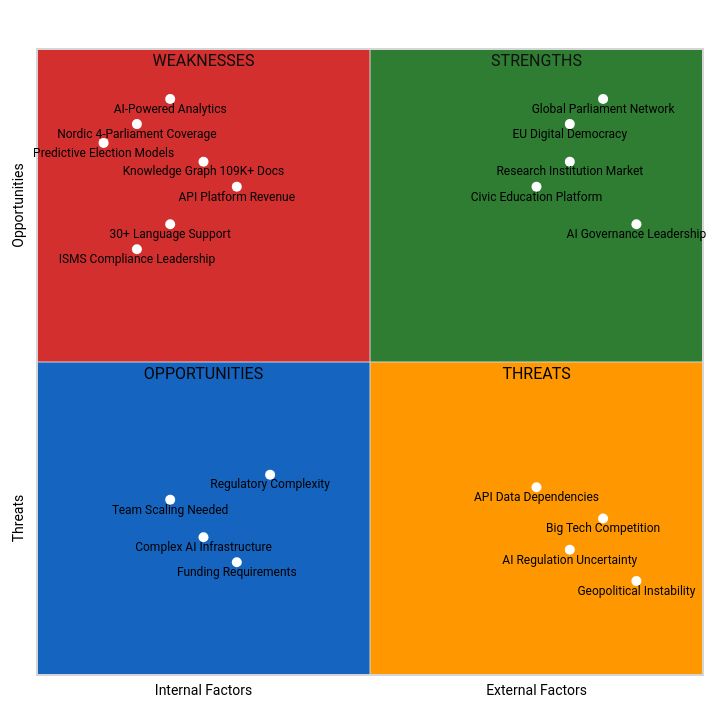
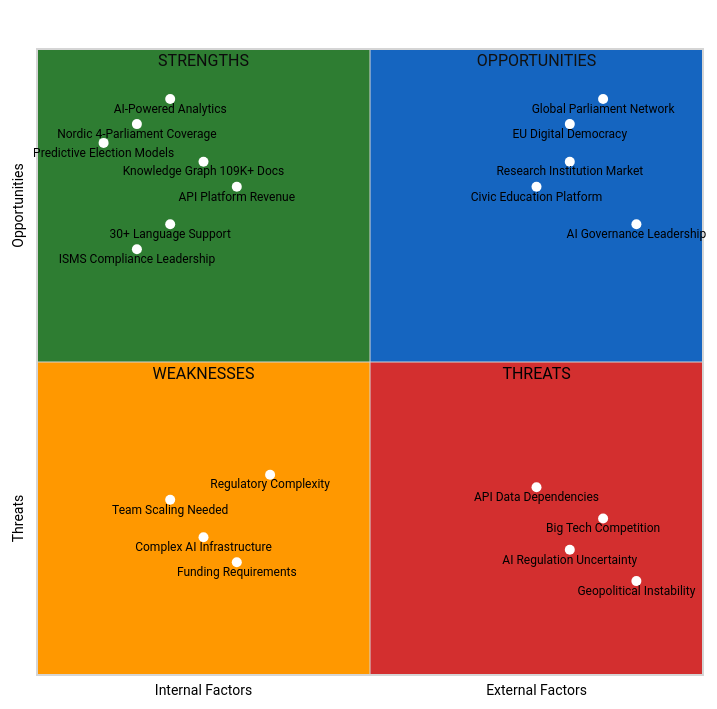
One commit to Hack23/riksdagsmonitor changed the first of 3 diagrams in FUTURE_SWOT.md. Above: the diagram before and after it, drawn with Mermaid. The commit also changed 2 other files, not shown here.

Commit message:
Fix quadrant label ordering and gantt task IDs per review feedback
- SWOT.md: Correct quadrant labels to match axis directions (Q1=OPPORTUNITIES top-right, Q2=STRENGTHS top-left, Q3=WEAKNESSES bottom-left, Q4=THREATS bottom-right) and align fill colors accordingly
- FUTURE_SWOT.md: Same quadrant label correction for first chart
- FUTURE_WORKFLOWS.md: Add explicit task IDs to all gantt entries (done modifier requires id before dates)

Agent-Logs-Url: https://github.com/Hack23/riksdagsmonitor/sessions/8148e52d-ce25-48f9-80cc-095b0ab96bcb

````diff
--- a/FUTURE_SWOT.md
+++ b/FUTURE_SWOT.md
@@ -57,57 +57,57 @@
 ```mermaid
 %%{init: {
   "theme": "neutral",
   "themeVariables": {
-    "quadrant1Fill": "#2E7D32",
-    "quadrant2Fill": "#D32F2F",
-    "quadrant3Fill": "#1565C0",
-    "quadrant4Fill": "#FF9800",
+    "quadrant1Fill": "#1565C0",
+    "quadrant2Fill": "#2E7D32",
+    "quadrant3Fill": "#FF9800",
+    "quadrant4Fill": "#D32F2F",
     "quadrantTitleFill": "#ffffff",
     "quadrantPointFill": "#ffffff",
     "quadrantPointTextFill": "#000000",
     "quadrantXAxisTextFill": "#000000",
     "quadrantYAxisTextFill": "#000000"
   },
   "quadrantChart": {
     "chartWidth": 700,
     "chartHeight": 700,
     "pointLabelFontSize": 12,
     "titleFontSize": 20,
     "quadrantLabelFontSize": 16,
     "xAxisLabelFontSize": 14,
     "yAxisLabelFontSize": 14
   }
 }}%%
 quadrantChart
     title Riksdagsmonitor Future SWOT (2026-2037)
     x-axis Internal Factors --> External Factors
     y-axis Threats --> Opportunities
-    quadrant-1 STRENGTHS
-    quadrant-2 WEAKNESSES
-    quadrant-3 OPPORTUNITIES
+    quadrant-1 OPPORTUNITIES
+    quadrant-2 STRENGTHS
+    quadrant-3 WEAKNESSES
     quadrant-4 THREATS
 
     "AI-Powered Analytics": [0.20, 0.92]
     "Nordic 4-Parliament Coverage": [0.15, 0.88]
     "Knowledge Graph 109K+ Docs": [0.25, 0.82]
     "API Platform Revenue": [0.30, 0.78]
     "30+ Language Support": [0.20, 0.72]
     "Predictive Election Models": [0.10, 0.85]
     "ISMS Compliance Leadership": [0.15, 0.68]
 
     "Complex AI Infrastructure": [0.25, 0.22]
     "Funding Requirements": [0.30, 0.18]
     "Team Scaling Needed": [0.20, 0.28]
     "Regulatory Complexity": [0.35, 0.32]
 
     "Global Parliament Network": [0.85, 0.92]
     "Research Institution Market": [0.80, 0.82]
     "Civic Education Platform": [0.75, 0.78]
     "AI Governance Leadership": [0.90, 0.72]
     "EU Digital Democracy": [0.80, 0.88]
 
     "Big Tech Competition": [0.85, 0.25]
     "AI Regulation Uncertainty": [0.80, 0.20]
     "API Data Dependencies": [0.75, 0.30]
     "Geopolitical Instability": [0.90, 0.15]
 ```
````
